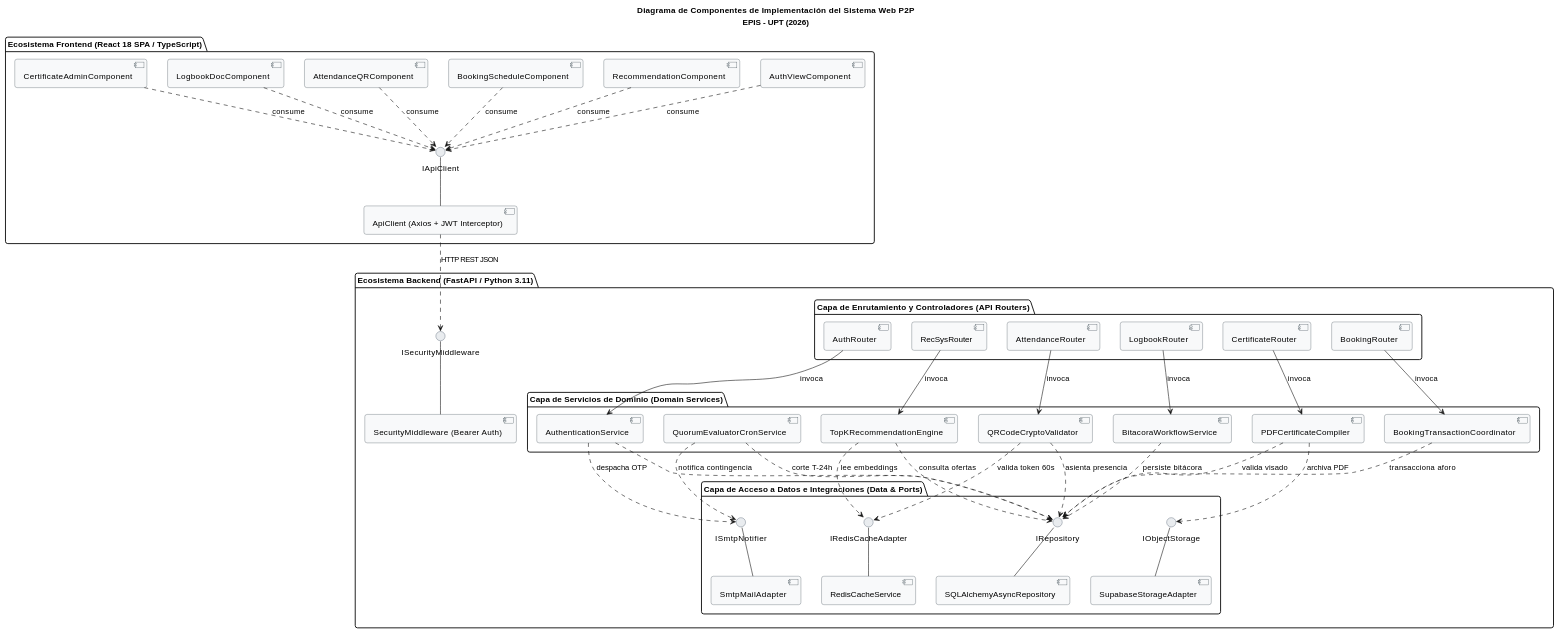
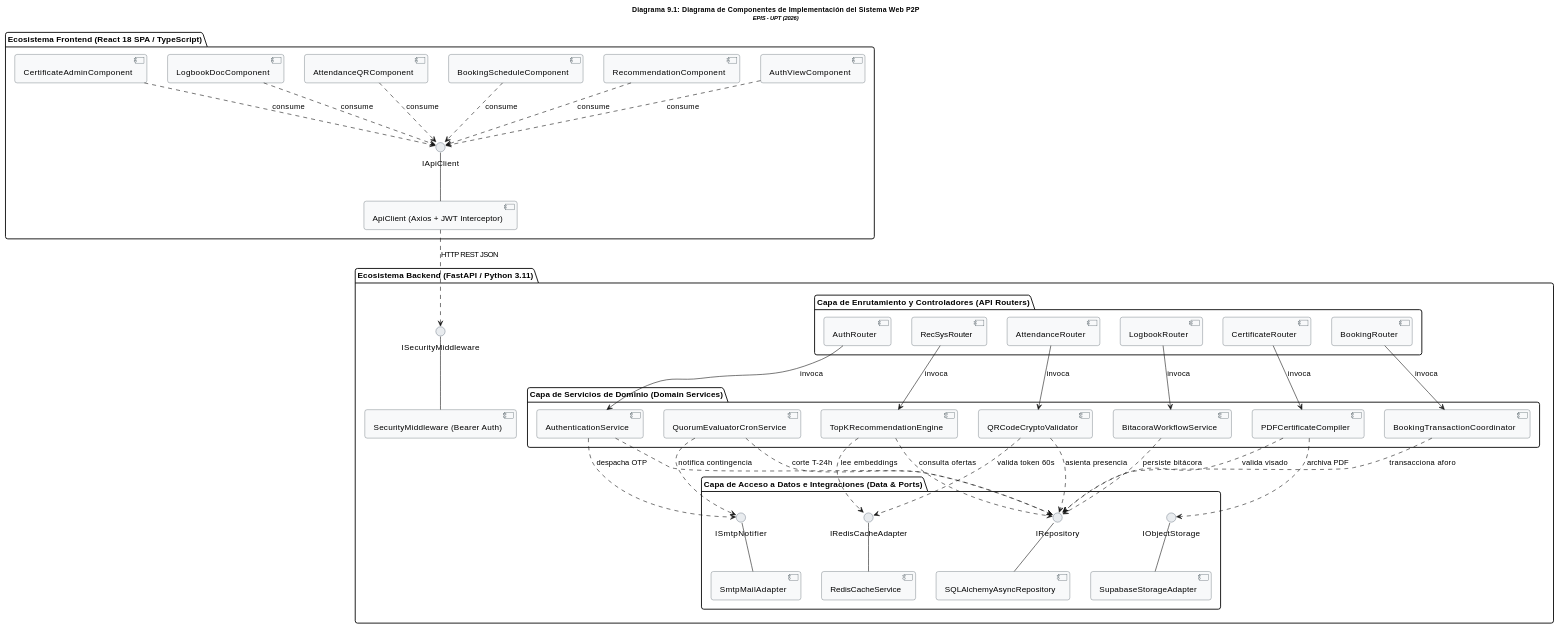
Before and after one commit to JMedina255/sistema_web_p2p: diagram 11 of 12 in docs/FD04-EPIS-Informe SAD de Proyecto.md, drawn with PlantUML. The commit also changed other lines of this file and 1 other file, not shown here.

Commit message:
docs: validar y elevar nivel tecnico del SAD (FD04) y boveda general con titulos formales, optimizacion de layout C4 y depuracion de texto

````diff
--- a/docs/FD04-EPIS-Informe SAD de Proyecto.md
+++ b/docs/FD04-EPIS-Informe SAD de Proyecto.md
@@ -1225,6 +1240,6 @@
 ```plantuml
 @startuml
-title Diagrama de Componentes de Implementación del Sistema Web P2P\nEPIS - UPT (2026)
+title <size:12><b>Diagrama 9.1: Diagrama de Componentes de Implementación del Sistema Web P2P</b></size>\n<size:10><i>EPIS - UPT (2026)</i></size>
 
 skinparam componentStyle uml2
 skinparam shadowing false
````
